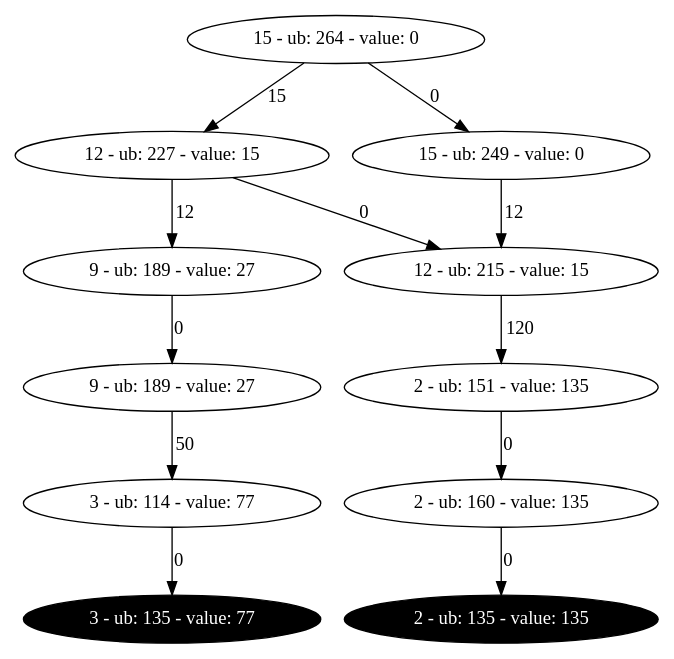
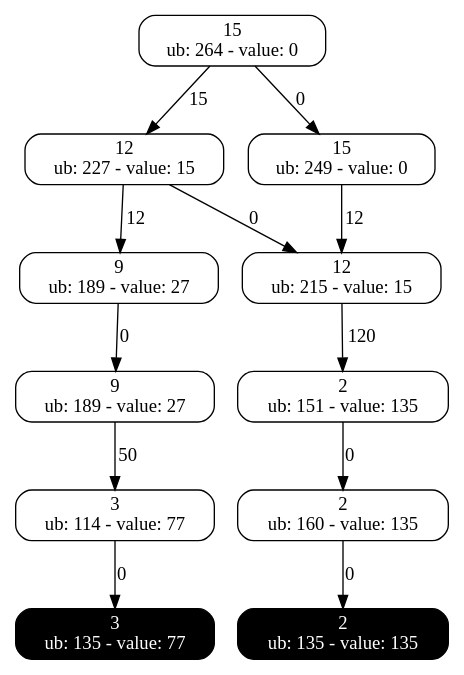
The diagram in output/KSProblem_restricted.dot (DDOLIB-CETIC-UCL/DDOLib), drawn with Graphviz before and after one commit. The commit also changed 7 other files, not shown here.

```diff
--- a/output/KSProblem_restricted.dot
+++ b/output/KSProblem_restricted.dot
@@ -1,24 +1,35 @@
 Digraph restricted{
-1534030866 [label="15 - ub: 264 - value: 0", tooltip="Exact node"];
-666641942 [label="12 - ub: 227 - value: 15", tooltip="Exact node"];
-1534030866 -> 666641942 [label=15tooltip="Decision: assign 1 to var 0"];
-960604060 [label="15 - ub: 249 - value: 0", tooltip="Exact node"];
-1534030866 -> 960604060 [label=0tooltip="Decision: assign 0 to var 0"];
-1338668845 [label="9 - ub: 189 - value: 27", tooltip="Exact node"];
-666641942 -> 1338668845 [label=12tooltip="Decision: assign 1 to var 1"];
-159413332 [label="12 - ub: 215 - value: 15", tooltip="Exact node"];
-666641942 -> 159413332 [label=0tooltip="Decision: assign 0 to var 1"];
-960604060 -> 159413332 [label=12tooltip="Decision: assign 1 to var 1"];
-1028214719 [label="2 - ub: 151 - value: 135", tooltip="Exact node"];
-159413332 -> 1028214719 [label=120tooltip="Decision: assign 1 to var 2"];
-500977346 [label="9 - ub: 189 - value: 27", tooltip="Exact node"];
-1338668845 -> 500977346 [label=0tooltip="Decision: assign 0 to var 2"];
-20132171 [label="2 - ub: 160 - value: 135", tooltip="Exact node"];
-1028214719 -> 20132171 [label=0tooltip="Decision: assign 0 to var 3"];
-186370029 [label="3 - ub: 114 - value: 77", tooltip="Exact node"];
-500977346 -> 186370029 [label=50tooltip="Decision: assign 1 to var 3"];
-2094548358 [label="2 - ub: 135 - value: 135", tooltip="Exact node", color=black, style=filled, fontcolor=white, tooltip="Terminal node"];
-20132171 -> 2094548358 [label=0tooltip="Decision: assign 0 to var 4"];
-51228289 [label="3 - ub: 135 - value: 77", tooltip="Exact node", color=black, style=filled, fontcolor=white, tooltip="Terminal node"];
-186370029 -> 51228289 [label=0tooltip="Decision: assign 0 to var 4"];
+495053715 [label="15
+ub: 264 - value: 0", style=rounded, shape=rectangle, tooltip="Exact node"];
+1854731462 [label="12
+ub: 227 - value: 15", style=rounded, shape=rectangle, tooltip="Exact node"];
+495053715 -> 1854731462 [label=15, tooltip="Decision: assign 1 to var 0"];
+317574433 [label="15
+ub: 249 - value: 0", style=rounded, shape=rectangle, tooltip="Exact node"];
+495053715 -> 317574433 [label=0, tooltip="Decision: assign 0 to var 0"];
+1389133897 [label="9
+ub: 189 - value: 27", style=rounded, shape=rectangle, tooltip="Exact node"];
+1854731462 -> 1389133897 [label=12, tooltip="Decision: assign 1 to var 1"];
+1534030866 [label="12
+ub: 215 - value: 15", style=rounded, shape=rectangle, tooltip="Exact node"];
+1854731462 -> 1534030866 [label=0, tooltip="Decision: assign 0 to var 1"];
+317574433 -> 1534030866 [label=12, tooltip="Decision: assign 1 to var 1"];
+664223387 [label="2
+ub: 151 - value: 135", style=rounded, shape=rectangle, tooltip="Exact node"];
+1534030866 -> 664223387 [label=120, tooltip="Decision: assign 1 to var 2"];
+824909230 [label="9
+ub: 189 - value: 27", style=rounded, shape=rectangle, tooltip="Exact node"];
+1389133897 -> 824909230 [label=0, tooltip="Decision: assign 0 to var 2"];
+122883338 [label="2
+ub: 160 - value: 135", style=rounded, shape=rectangle, tooltip="Exact node"];
+664223387 -> 122883338 [label=0, tooltip="Decision: assign 0 to var 3"];
+666641942 [label="3
+ub: 114 - value: 77", style=rounded, shape=rectangle, tooltip="Exact node"];
+824909230 -> 666641942 [label=50, tooltip="Decision: assign 1 to var 3"];
+960604060 [label="2
+ub: 135 - value: 135", style=rounded, shape=rectangle, tooltip="Exact node", style="filled, rounded", shape=rectangle, color=black, fontcolor=white, tooltip="Terminal node"];
+122883338 -> 960604060 [label=0, tooltip="Decision: assign 0 to var 4"];
+1349393271 [label="3
+ub: 135 - value: 77", style=rounded, shape=rectangle, tooltip="Exact node", style="filled, rounded", shape=rectangle, color=black, fontcolor=white, tooltip="Terminal node"];
+666641942 -> 1349393271 [label=0, tooltip="Decision: assign 0 to var 4"];
 }
```
